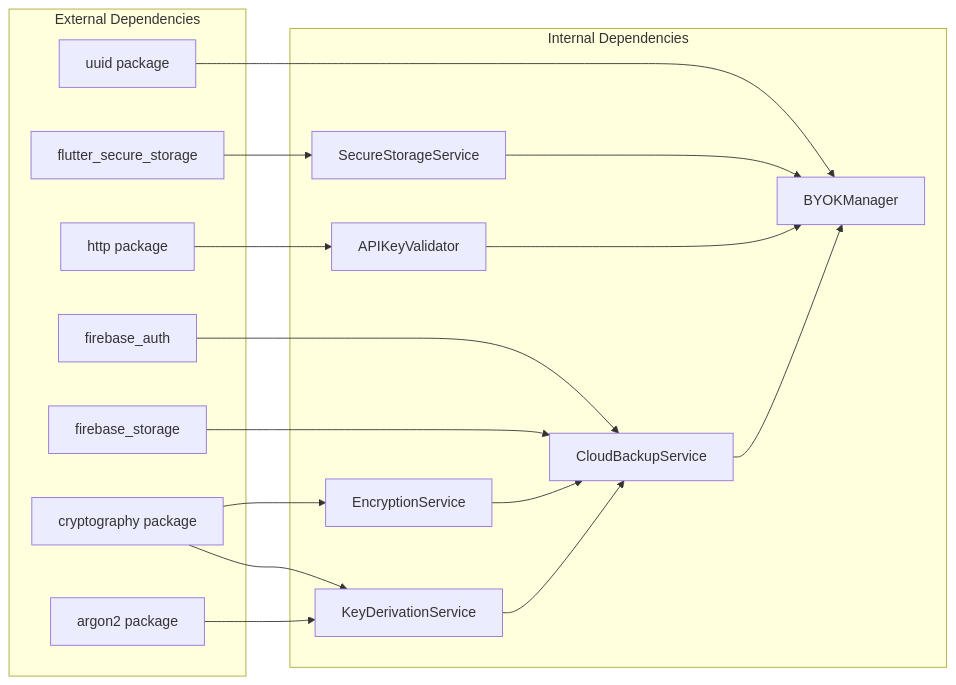
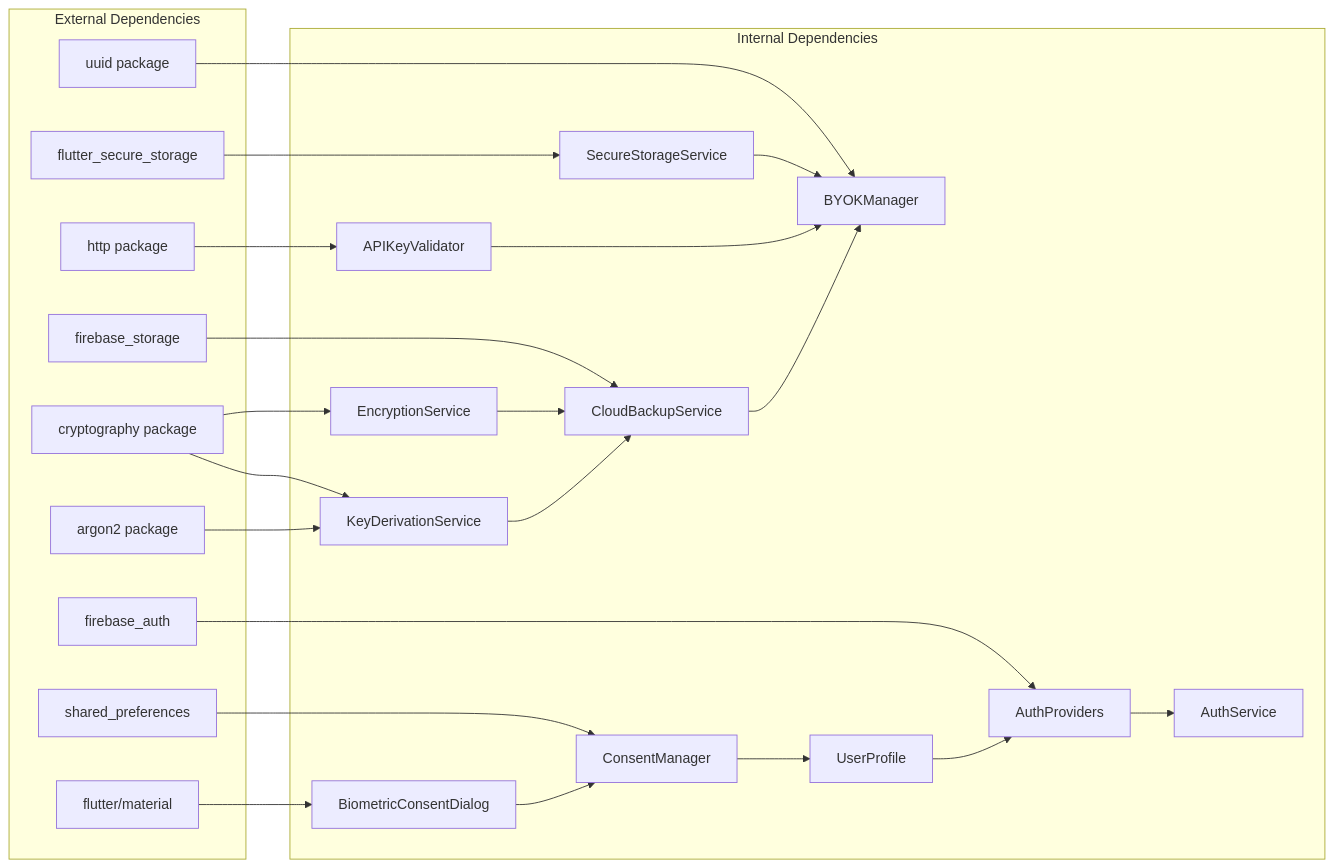
One commit to JAaron93/StyleSync changed diagram 12 of 12 in .qoder/repowiki/en/content/Core Services/Privacy Services Suite.md. Above: the diagram before and after it, drawn with Mermaid. The commit also changed other lines of this file and 36 other files, not shown here.

````diff
--- a/.qoder/repowiki/en/content/Core Services/Privacy Services Suite.md
+++ b/.qoder/repowiki/en/content/Core Services/Privacy Services Suite.md
@@ -272,33 +481,46 @@
 ```mermaid
 graph LR
 subgraph "External Dependencies"
 A[cryptography package]
 B[argon2 package]
 C[flutter_secure_storage]
 D[firebase_auth]
 E[firebase_storage]
 F[uuid package]
 G[http package]
+H[shared_preferences]
+I[flutter/material]
 end
 subgraph "Internal Dependencies"
-H[SecureStorageService]
-I[EncryptionService]
-J[KeyDerivationService]
-K[APIKeyValidator]
-L[CloudBackupService]
-M[BYOKManager]
+J[SecureStorageService]
+K[EncryptionService]
+L[KeyDerivationService]
+M[APIKeyValidator]
+N[CloudBackupService]
+O[BYOKManager]
+P[ConsentManager]
+Q[BiometricConsentDialog]
+R[UserProfile]
+S[AuthProviders]
+T[AuthService]
 end
-A --> I
-A --> J
-B --> J
-C --> H
-D --> L
-E --> L
-F --> M
-G --> K
-H --> M
-I --> L
-J --> L
-K --> M
-L --> M
+A --> K
+A --> L
+B --> L
+C --> J
+D --> S
+E --> N
+F --> O
+G --> M
+H --> P
+I --> Q
+J --> O
+K --> N
+L --> N
+M --> O
+N --> O
+P --> R
+R --> S
+S --> T
+Q --> P
 ```
````
